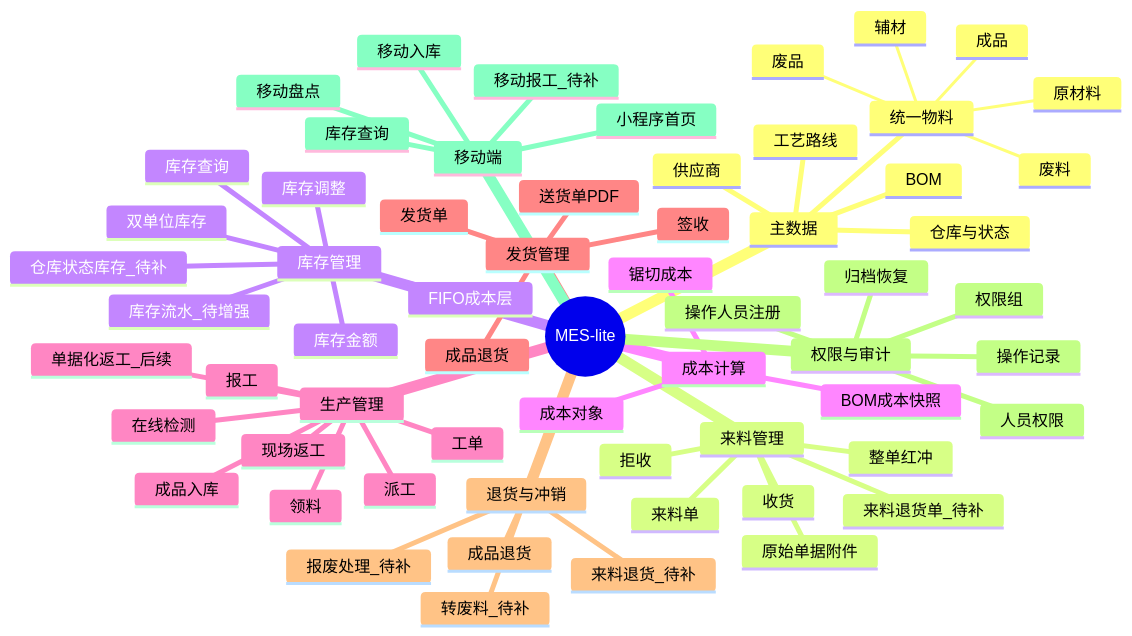
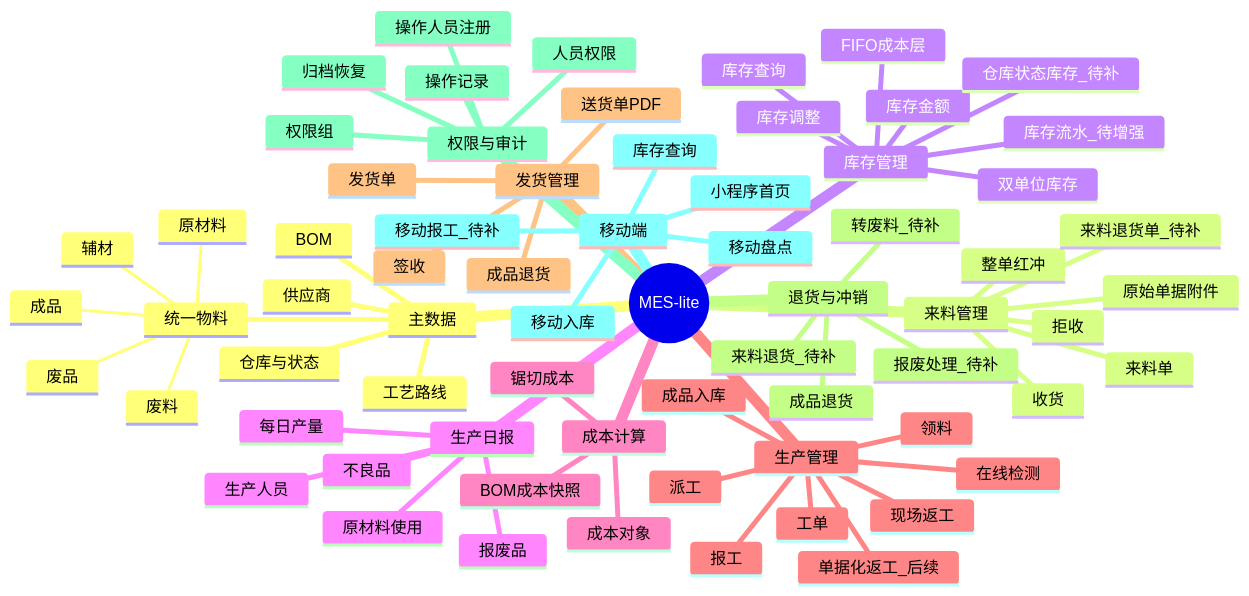
One commit to goldf2/mes-lite changed the first of 11 diagrams in docs/minierp/system-function-flow.md. Above: the diagram before and after it, drawn with Mermaid. The commit also changed other lines of this file and 9 other files, not shown here.

````diff
--- a/docs/minierp/system-function-flow.md
+++ b/docs/minierp/system-function-flow.md
@@ -16,65 +18,71 @@
 ```mermaid
 mindmap
   root((MES-lite))
     主数据
       统一物料
         原材料
         成品
         辅材
         废料
         废品
       供应商
       BOM
       工艺路线
       仓库与状态
     来料管理
       来料单
       原始单据附件
       收货
       拒收
       整单红冲
       来料退货单_待补
     库存管理
       库存查询
       双单位库存
       库存金额
       FIFO成本层
       库存调整
       库存流水_待增强
       仓库状态库存_待补
+    生产日报
+      每日产量
+      不良品
+      报废品
+      原材料使用
+      生产人员
     成本计算
       锯切成本
       成本对象
       BOM成本快照
     生产管理
       工单
       领料
       派工
       报工
       在线检测
       现场返工
       成品入库
       单据化返工_后续
     发货管理
       发货单
       送货单PDF
       签收
       成品退货
     退货与冲销
       成品退货
       来料退货_待补
       报废处理_待补
       转废料_待补
     权限与审计
       操作人员注册
       人员权限
       权限组
       操作记录
       归档恢复
     移动端
       小程序首页
       库存查询
       移动入库
       移动盘点
       移动报工_待补
 ```
````
